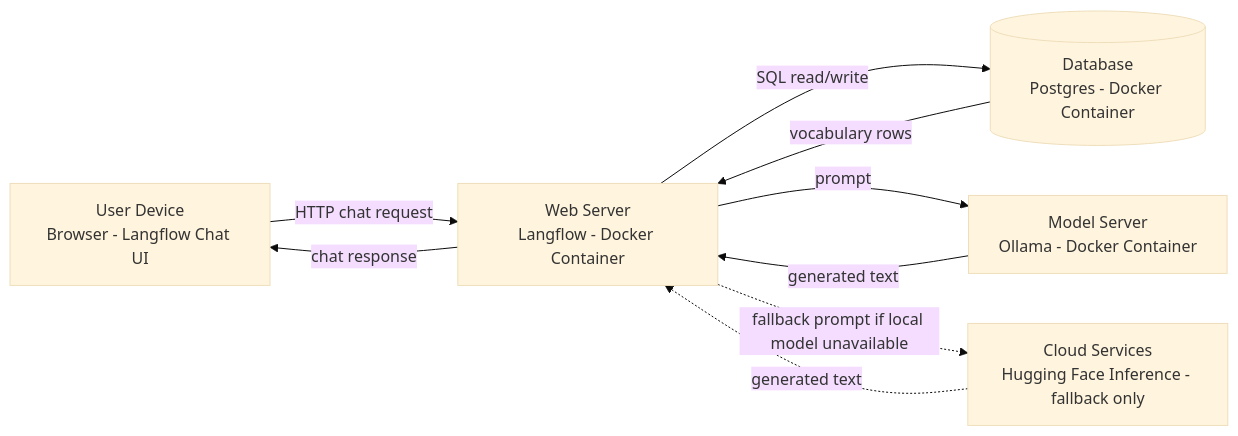
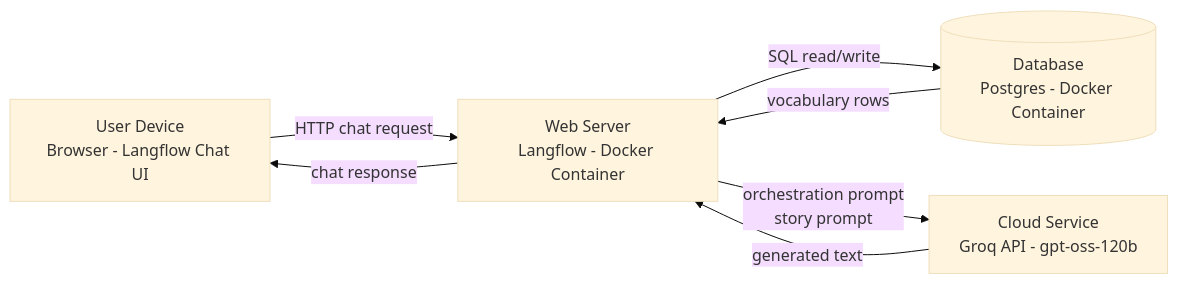
One commit to stanley-yang-2001/bpllc_project changed the diagram in docs/architecture-diagram.md. Above: the diagram before and after it, drawn with Mermaid (base theme). The commit also changed other lines of this file and 48 other files, not shown here.

````diff
--- a/docs/architecture-diagram.md
+++ b/docs/architecture-diagram.md
@@ -3,17 +3,14 @@
 ```mermaid
 flowchart LR
     UD[User Device<br/>Browser - Langflow Chat UI]
     WS[Web Server<br/>Langflow - Docker Container]
     DB[(Database<br/>Postgres - Docker Container)]
-    MS[Model Server<br/>Ollama - Docker Container]
-    CS[Cloud Services<br/>Hugging Face Inference - fallback only]
+    GQ[Cloud Service<br/>Groq API - gpt-oss-120b]
 
     UD -- HTTP chat request --> WS
     WS -- SQL read/write --> DB
     DB -- vocabulary rows --> WS
-    WS -- prompt --> MS
-    MS -- generated text --> WS
-    WS -. fallback prompt if local model unavailable .-> CS
-    CS -. generated text .-> WS
+    WS -- "orchestration prompt<br/>story prompt" --> GQ
+    GQ -- generated text --> WS
     WS -- chat response --> UD
 ```
````
